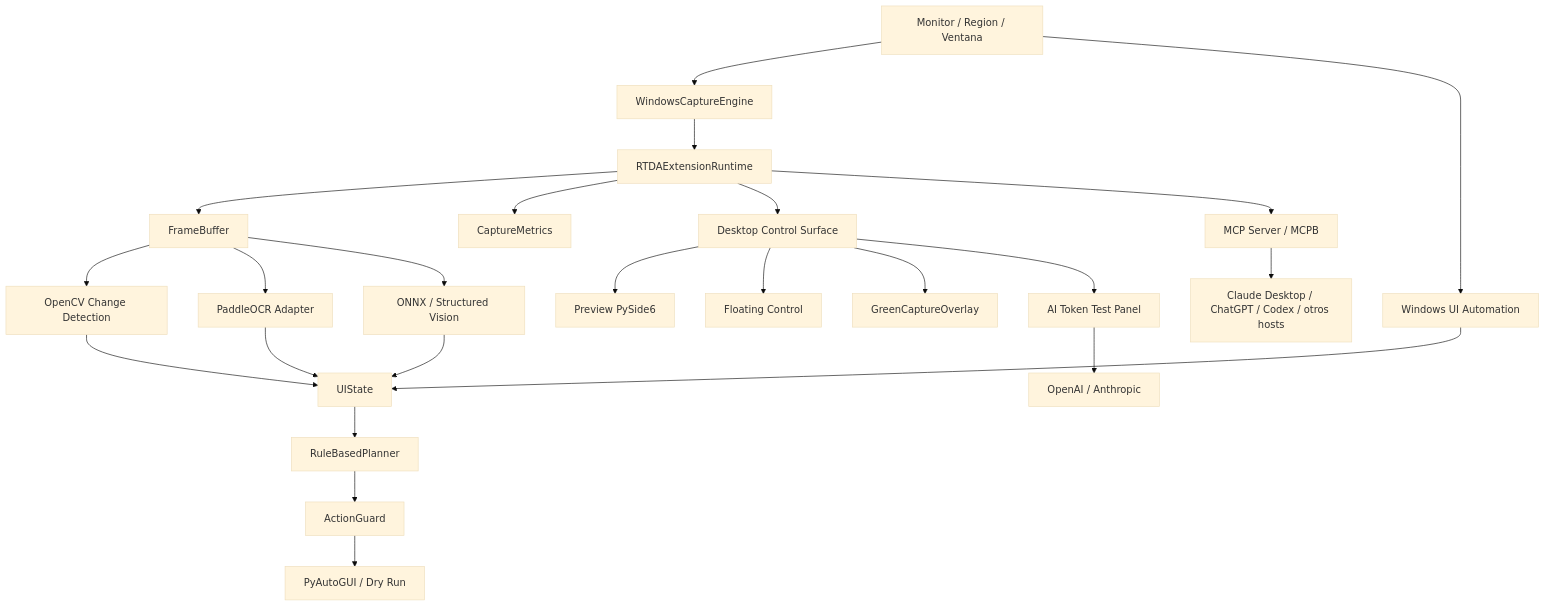
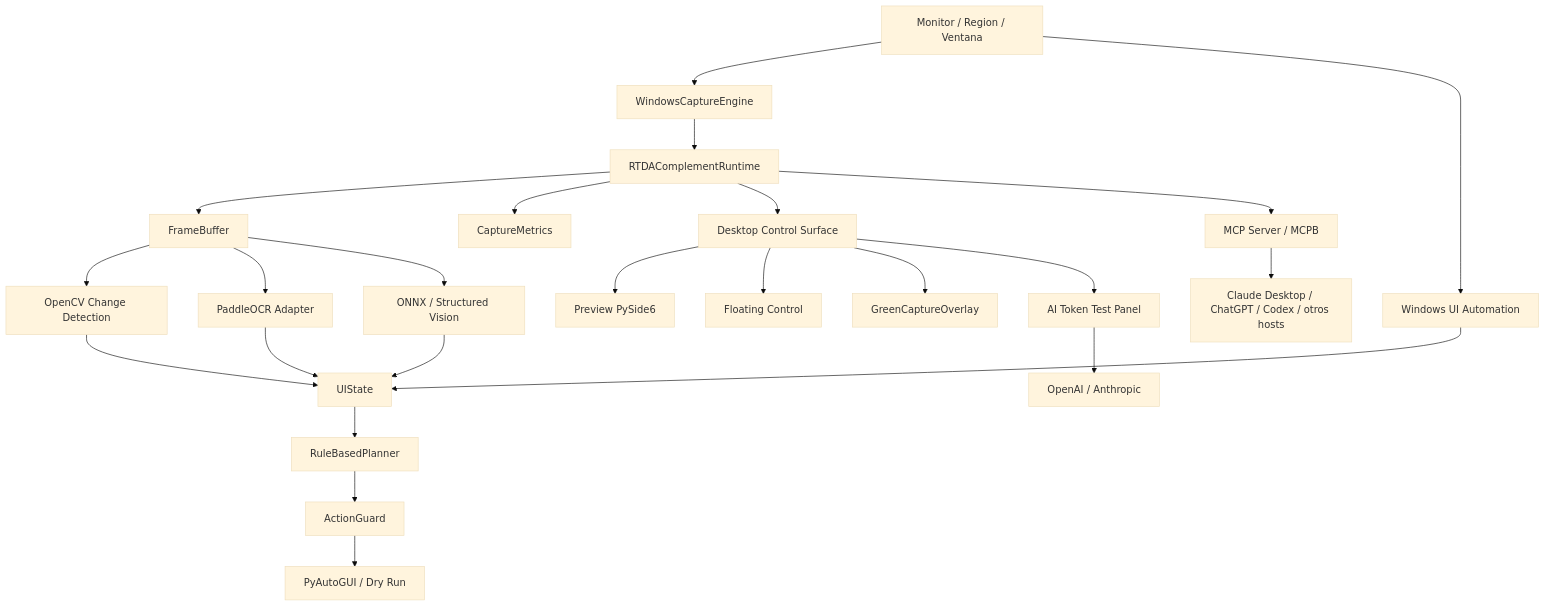
The first of 3 diagrams in docs/architecture.md (Adan0423/real-time-desktop-agent), drawn with Mermaid (base theme) before and after one commit. The commit also changed other lines of this file and 22 other files, not shown here.

````diff
--- a/docs/architecture.md
+++ b/docs/architecture.md
@@ -22,26 +22,26 @@
 ```mermaid
 flowchart TD
     Input["Monitor / Region / Ventana"] --> Capture["WindowsCaptureEngine"]
-    Capture --> Runtime["RTDAExtensionRuntime"]
+    Capture --> Runtime["RTDAComplementRuntime"]
     Runtime --> Buffer["FrameBuffer"]
     Runtime --> Metrics["CaptureMetrics"]
     Runtime --> Desktop["Desktop Control Surface"]
     Runtime --> MCP["MCP Server / MCPB"]
     Desktop --> Preview["Preview PySide6"]
     Desktop --> Floating["Floating Control"]
     Desktop --> Overlay["GreenCaptureOverlay"]
     Desktop --> AI["AI Token Test Panel"]
     Buffer --> Change["OpenCV Change Detection"]
     Input --> UIA["Windows UI Automation"]
     Buffer --> OCR["PaddleOCR Adapter"]
     Buffer --> Vision["ONNX / Structured Vision"]
     Change --> State["UIState"]
     UIA --> State
     OCR --> State
     Vision --> State
     State --> Planner["RuleBasedPlanner"]
     Planner --> Guard["ActionGuard"]
     Guard --> Executor["PyAutoGUI / Dry Run"]
     MCP --> Hosts["Claude Desktop / ChatGPT / Codex / otros hosts"]
     AI --> Providers["OpenAI / Anthropic"]
 ```
````
